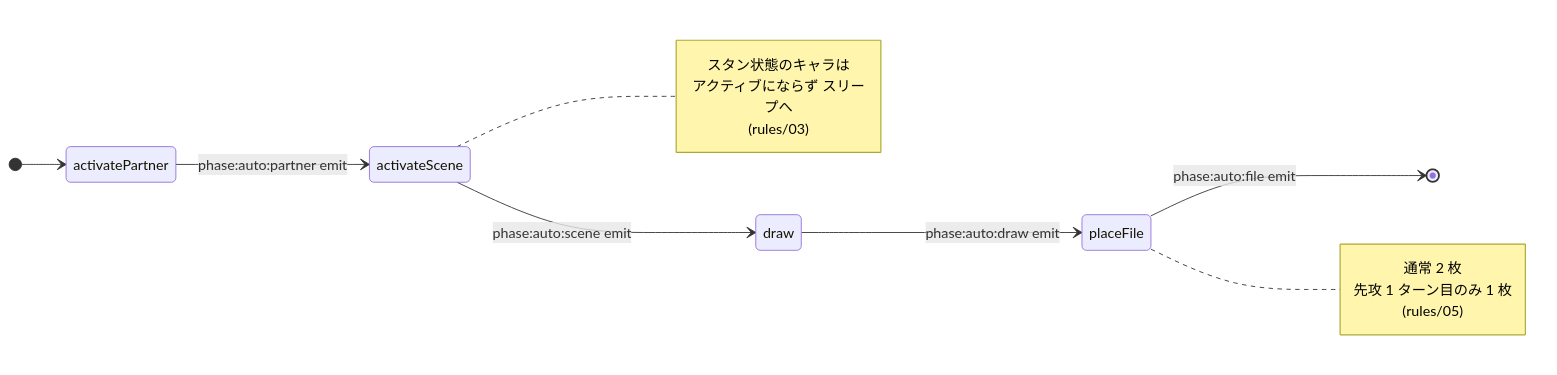
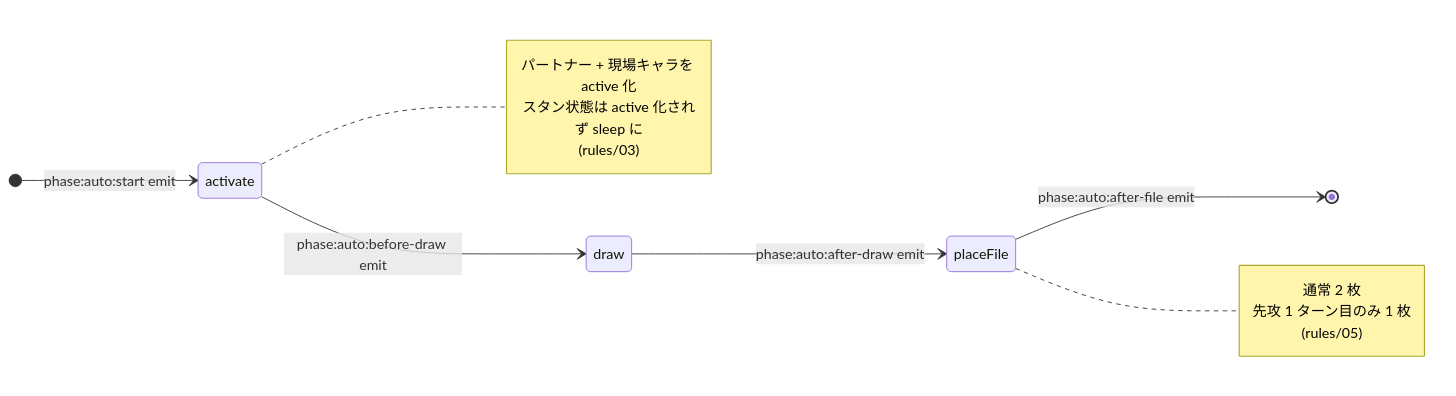
Before and after one commit to orihekat78/TCGApp: the diagram in .claude/auto/flows/auto-phase.md, drawn with Mermaid. The commit also changed 8 other files, not shown here.

First line of the commit message:
fix(meta): 厳格レビューで判明した Flow 図の Hook 名不整合を修正

````diff
--- a/.claude/auto/flows/auto-phase.md
+++ b/.claude/auto/flows/auto-phase.md
@@ -11,19 +11,18 @@
 ```mermaid
 stateDiagram-v2
   direction LR
-  [*] --> activatePartner
-  activatePartner --> activateScene : phase:auto:partner emit
-  activateScene --> draw : phase:auto:scene emit
-  draw --> placeFile : phase:auto:draw emit
-  placeFile --> [*] : phase:auto:file emit
-  note right of activateScene
-    スタン状態のキャラは
-    アクティブにならず スリープへ
+  [*] --> activate : phase:auto:start emit
+  activate --> draw : phase:auto:before-draw emit
+  draw --> placeFile : phase:auto:after-draw emit
+  placeFile --> [*] : phase:auto:after-file emit
+  note right of activate
+    パートナー + 現場キャラを active 化
+    スタン状態は active 化されず sleep に
     (rules/03)
   end note
   note right of placeFile
     通常 2 枚
     先攻 1 ターン目のみ 1 枚
     (rules/05)
   end note
 ```
````
